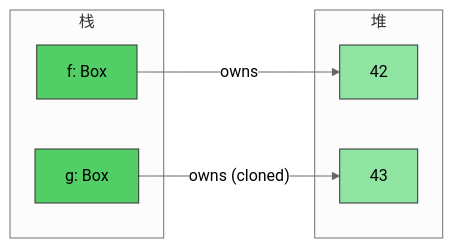
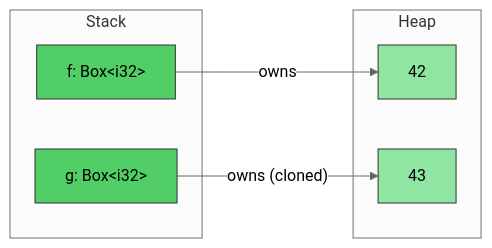
Before and after one commit to hex623/rust-training-zh: the first of 3 diagrams in src/ch07-2-smart-pointers-and-interior-mutability.md, drawn with Mermaid (neutral theme). The commit also changed other lines of this file and 21 other files, not shown here.

````diff
--- a/src/ch07-2-smart-pointers-and-interior-mutability.md
+++ b/src/ch07-2-smart-pointers-and-interior-mutability.md
@@ -25,20 +25,20 @@
 ```mermaid
 graph LR
-    subgraph "栈"
-        F["f: Box<i32>"]
-        G["g: Box<i32>"]
+    subgraph "Stack"
+        F["f: Box&lt;i32&gt;"]
+        G["g: Box&lt;i32&gt;"]
     end
 
-    subgraph "堆"
+    subgraph "Heap"
         HF["42"]
         HG["43"]
     end
 
     F -->|"owns"| HF
     G -->|"owns (cloned)"| HG
 
     style F fill:#51cf66,color:#000,stroke:#333
     style G fill:#51cf66,color:#000,stroke:#333
     style HF fill:#91e5a3,color:#000,stroke:#333
     style HG fill:#91e5a3,color:#000,stroke:#333
 ```
````
